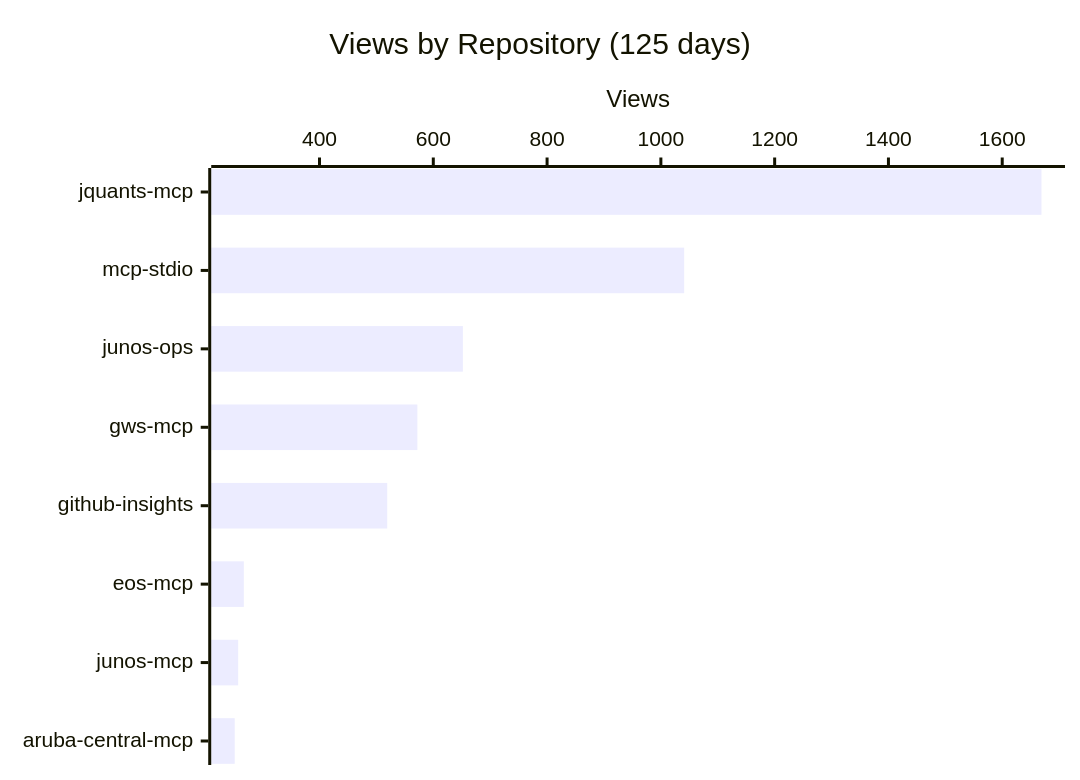
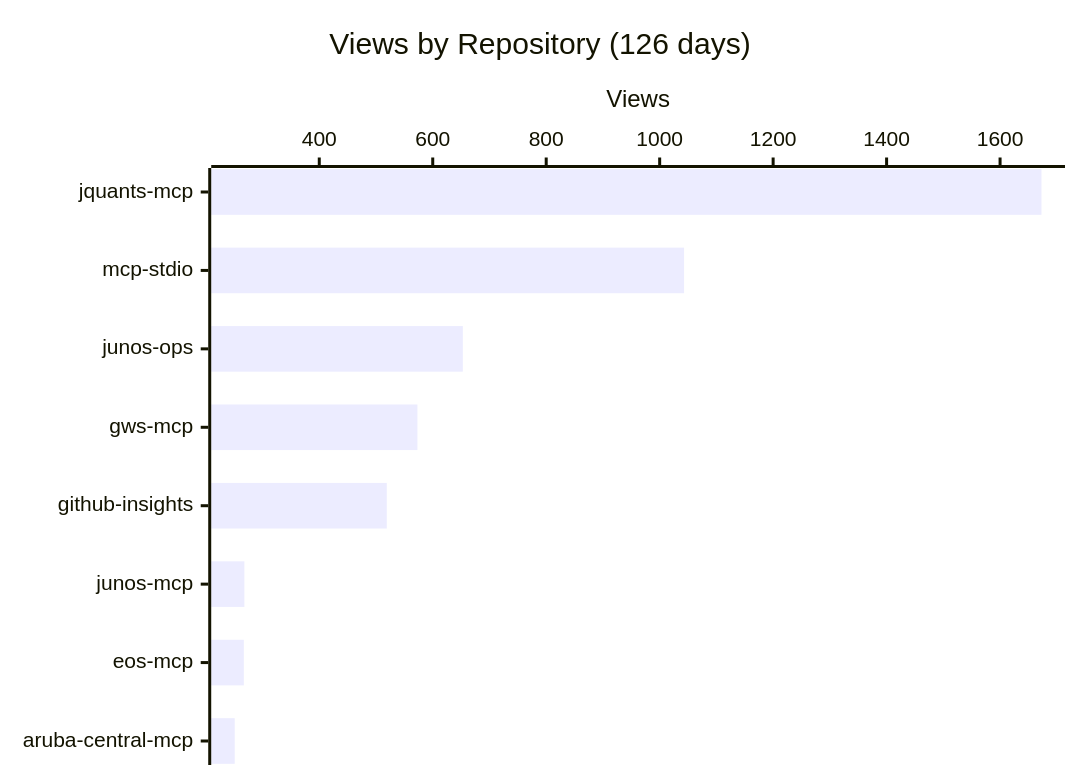
Before and after one commit to shigechika/github-insights: the first of 4 diagrams in README.md, drawn with Mermaid. The commit also changed other lines of this file and 2 other files, not shown here.

````diff
--- a/README.md
+++ b/README.md
@@ -18,7 +18,7 @@
 ```mermaid
 xychart-beta horizontal
-    title "Views by Repository (125 days)"
-    x-axis ["jquants-mcp", "mcp-stdio", "junos-ops", "gws-mcp", "github-insights", "eos-mcp", "junos-mcp", "aruba-central-mcp"]
+    title "Views by Repository (126 days)"
+    x-axis ["jquants-mcp", "mcp-stdio", "junos-ops", "gws-mcp", "github-insights", "junos-mcp", "eos-mcp", "aruba-central-mcp"]
     y-axis "Views"
-    bar [1669, 1041, 652, 572, 519, 267, 257, 251]
+    bar [1673, 1043, 653, 573, 519, 268, 267, 251]
 ```
````
